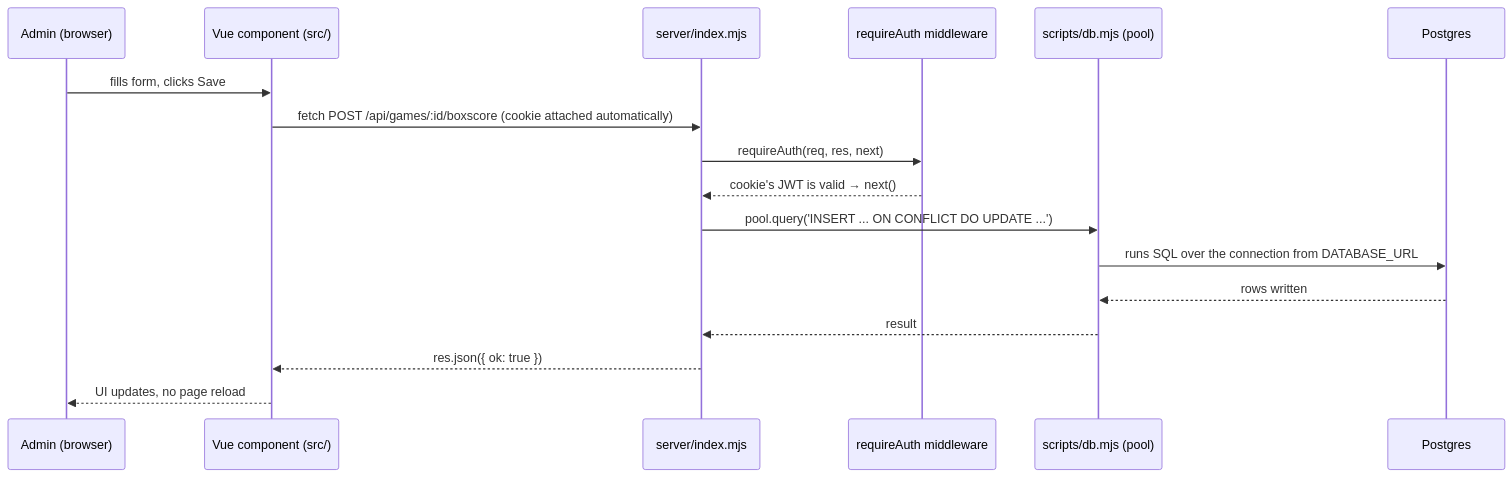
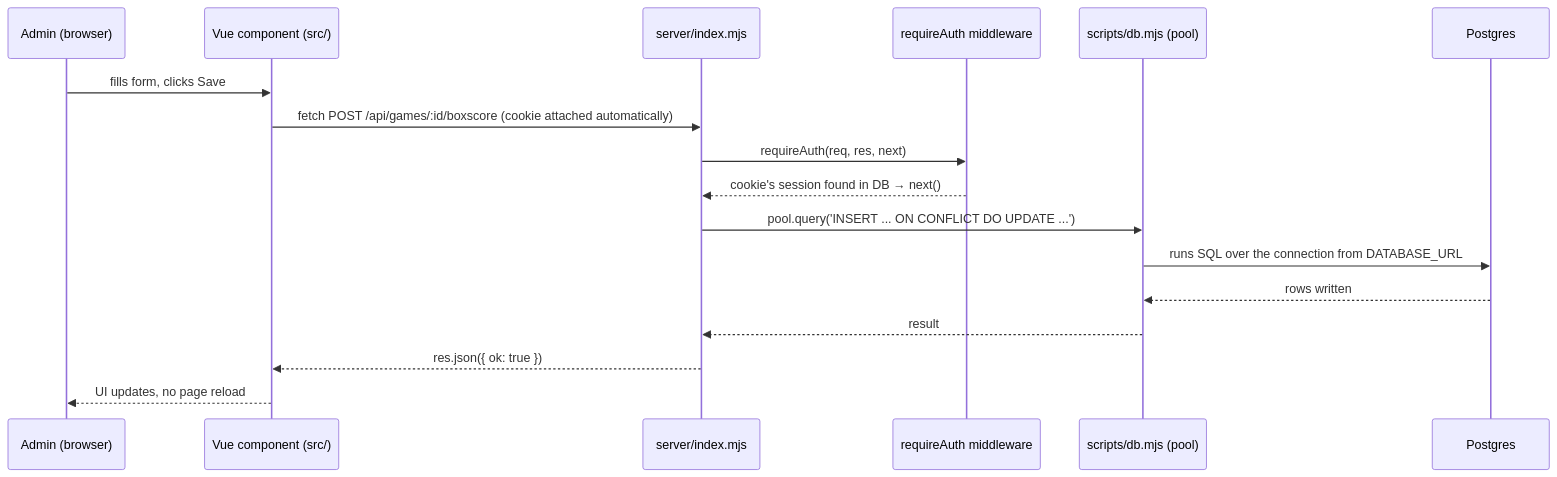
Before and after one commit to noelou/cgyballers: the third of 3 diagrams in docs/BACKEND_SETUP.md, drawn with Mermaid. The commit also changed other lines of this file and 25 other files, not shown here.

````diff
--- a/docs/BACKEND_SETUP.md
+++ b/docs/BACKEND_SETUP.md
@@ -173,20 +173,20 @@
 ```mermaid
 sequenceDiagram
   participant You as Admin (browser)
   participant Vue as Vue component (src/)
   participant API as server/index.mjs
   participant Auth as requireAuth middleware
   participant Pool as scripts/db.mjs (pool)
   participant DB as Postgres
 
   You->>Vue: fills form, clicks Save
   Vue->>API: fetch POST /api/games/:id/boxscore (cookie attached automatically)
   API->>Auth: requireAuth(req, res, next)
-  Auth-->>API: cookie's JWT is valid → next()
+  Auth-->>API: cookie's session found in DB → next()
   API->>Pool: pool.query('INSERT ... ON CONFLICT DO UPDATE ...')
   Pool->>DB: runs SQL over the connection from DATABASE_URL
   DB-->>Pool: rows written
   Pool-->>API: result
   API-->>Vue: res.json({ ok: true })
   Vue-->>You: UI updates, no page reload
 ```
````
